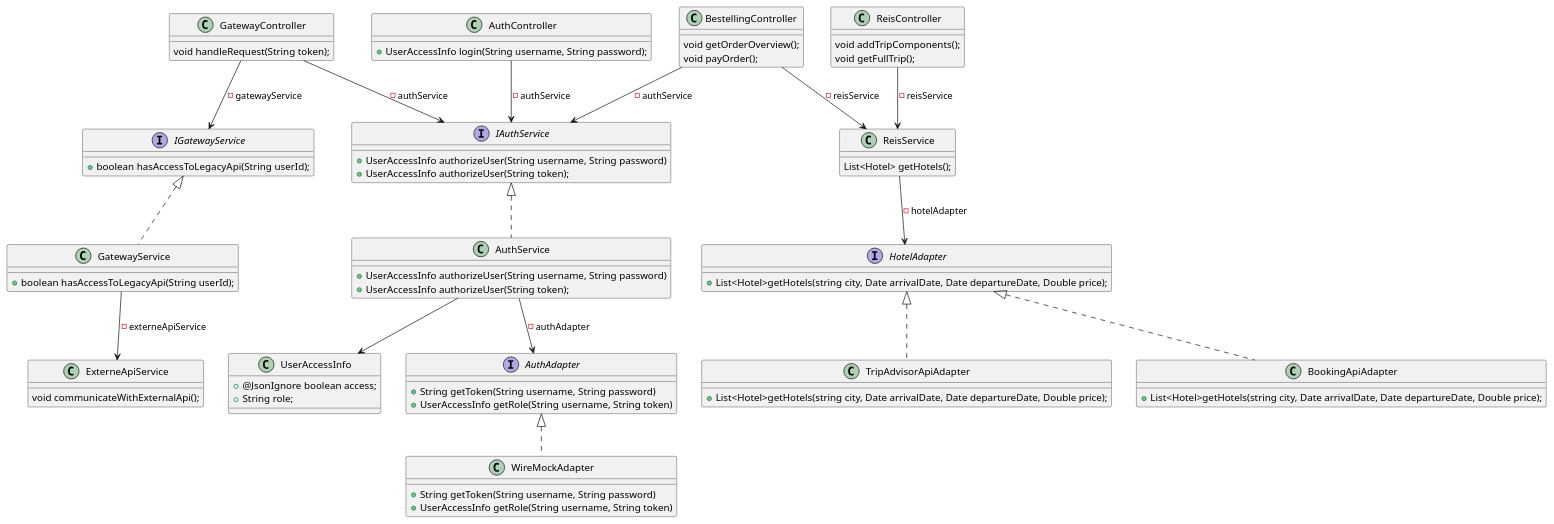
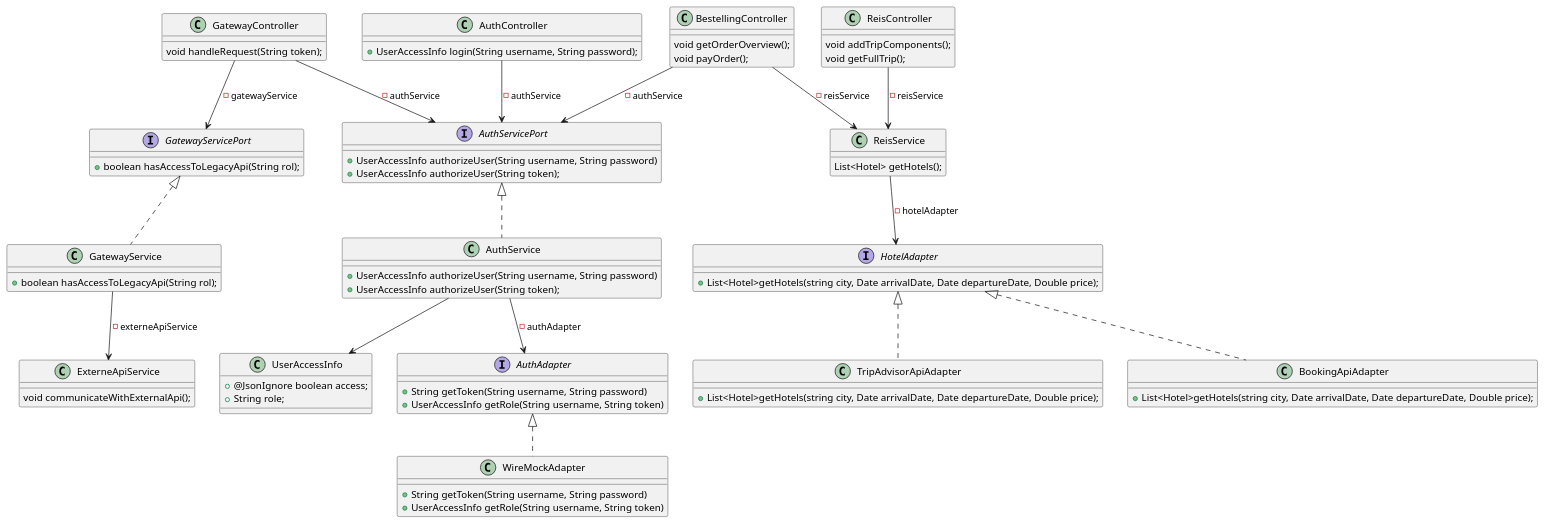
One commit to AIM-ENE-feb25/triptop-groep-b5 changed the diagram in opdracht-diagrammen/4Klassen/Backend-classes.puml. Above: the diagram before and after it, drawn with PlantUML. The commit also changed 10 other files, not shown here.

```diff
--- a/opdracht-diagrammen/4Klassen/Backend-classes.puml
+++ b/opdracht-diagrammen/4Klassen/Backend-classes.puml
@@ -1,100 +1,100 @@
 @startuml
 'left to right direction
 
 ' CONTROLLERS
 class AuthController {
     +UserAccessInfo login(String username, String password);
 }
 
 class ReisController {
     void addTripComponents();
     void getFullTrip();
 }
 
 class BestellingController {
     void getOrderOverview();
     void payOrder();
 }
 
 class GatewayController {
     void handleRequest(String token);
 }
 
 ' SERVICE
 
-interface IAuthService {
+interface AuthServicePort {
     +UserAccessInfo authorizeUser(String username, String password)
     +UserAccessInfo authorizeUser(String token);
 }
 
 class AuthService {
     +UserAccessInfo authorizeUser(String username, String password)
     +UserAccessInfo authorizeUser(String token);
 }
 
-interface IGatewayService {
-    +boolean hasAccessToLegacyApi(String userId);
+interface GatewayServicePort {
+    +boolean hasAccessToLegacyApi(String rol);
 }
 
 class GatewayService {
-    +boolean hasAccessToLegacyApi(String userId);
+    +boolean hasAccessToLegacyApi(String rol);
 }
 
 class ReisService {
     List<Hotel> getHotels();
 }
 
 class ExterneApiService {
     void communicateWithExternalApi();
 }
 
 ' CONTROLLER->SERVICE
-AuthController --> IAuthService: -authService
-GatewayController --> IAuthService: -authService
-IAuthService <|.. AuthService
+AuthController --> AuthServicePort: -authService
+GatewayController --> AuthServicePort: -authService
+AuthServicePort <|.. AuthService
 ReisController --> ReisService: -reisService
 BestellingController --> ReisService: -reisService
-BestellingController --> IAuthService: -authService
-GatewayController --> IGatewayService: -gatewayService
-IGatewayService <|.. GatewayService
+BestellingController --> AuthServicePort: -authService
+GatewayController --> GatewayServicePort: -gatewayService
+GatewayServicePort <|.. GatewayService
 GatewayService --> ExterneApiService: -externeApiService
 
 ' ADAPTERS
 interface AuthAdapter {
     +String getToken(String username, String password)
     +UserAccessInfo getRole(String username, String token)
 }
 
 class WireMockAdapter {
     +String getToken(String username, String password)
     +UserAccessInfo getRole(String username, String token)
 }
 
 AuthService --> AuthAdapter: -authAdapter
 AuthAdapter <|.. WireMockAdapter
 
 interface HotelAdapter {
     +List<Hotel>getHotels(string city, Date arrivalDate, Date departureDate, Double price);
 }
 
 class BookingApiAdapter {
     +List<Hotel>getHotels(string city, Date arrivalDate, Date departureDate, Double price);
 }
 
 class TripAdvisorApiAdapter {
     +List<Hotel>getHotels(string city, Date arrivalDate, Date departureDate, Double price);
 }
 
 ReisService --> HotelAdapter: -hotelAdapter
 HotelAdapter <|.. BookingApiAdapter
 HotelAdapter <|.. TripAdvisorApiAdapter
 
 
 class UserAccessInfo {
     +@JsonIgnore boolean access;
     +String role;
 }
 
 AuthService --> UserAccessInfo
 
 @enduml
```
